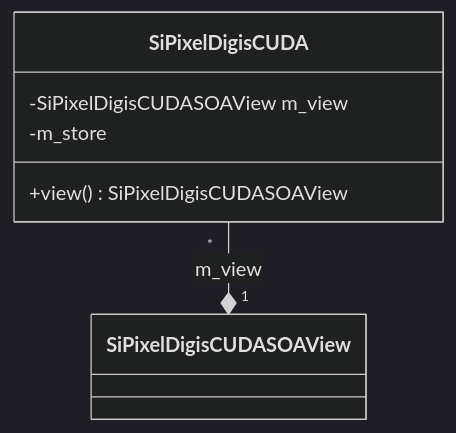
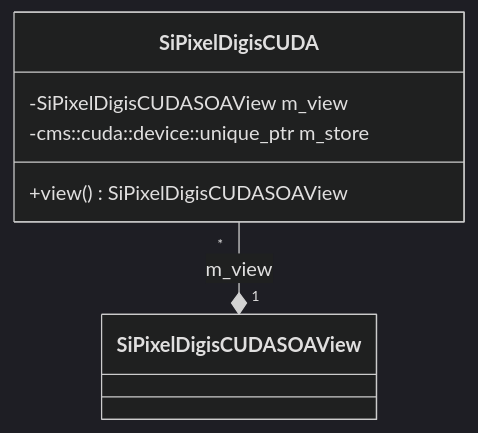
Before and after one commit to CMSTrackerDPG/cms-tkdpg-software-knowledge-transfer: the diagram in docs/cmssw/gpu/SiPixelDigisCUDA.md, drawn with Mermaid (dark theme). The commit also changed other lines of this file and 1 other file, not shown here.

````diff
--- a/docs/cmssw/gpu/SiPixelDigisCUDA.md
+++ b/docs/cmssw/gpu/SiPixelDigisCUDA.md
@@ -14,12 +16,12 @@
 ```mermaid
 classDiagram
 class SiPixelDigisCUDA{
 	-SiPixelDigisCUDASOAView m_view
-	-m_store
+	-cms::cuda::device::unique_ptr<uint16_t[]> m_store
 	+view() SiPixelDigisCUDASOAView
 }
 
 class SiPixelDigisCUDASOAView
 
 SiPixelDigisCUDA "*" --* "1" SiPixelDigisCUDASOAView : m_view
 ```
````
